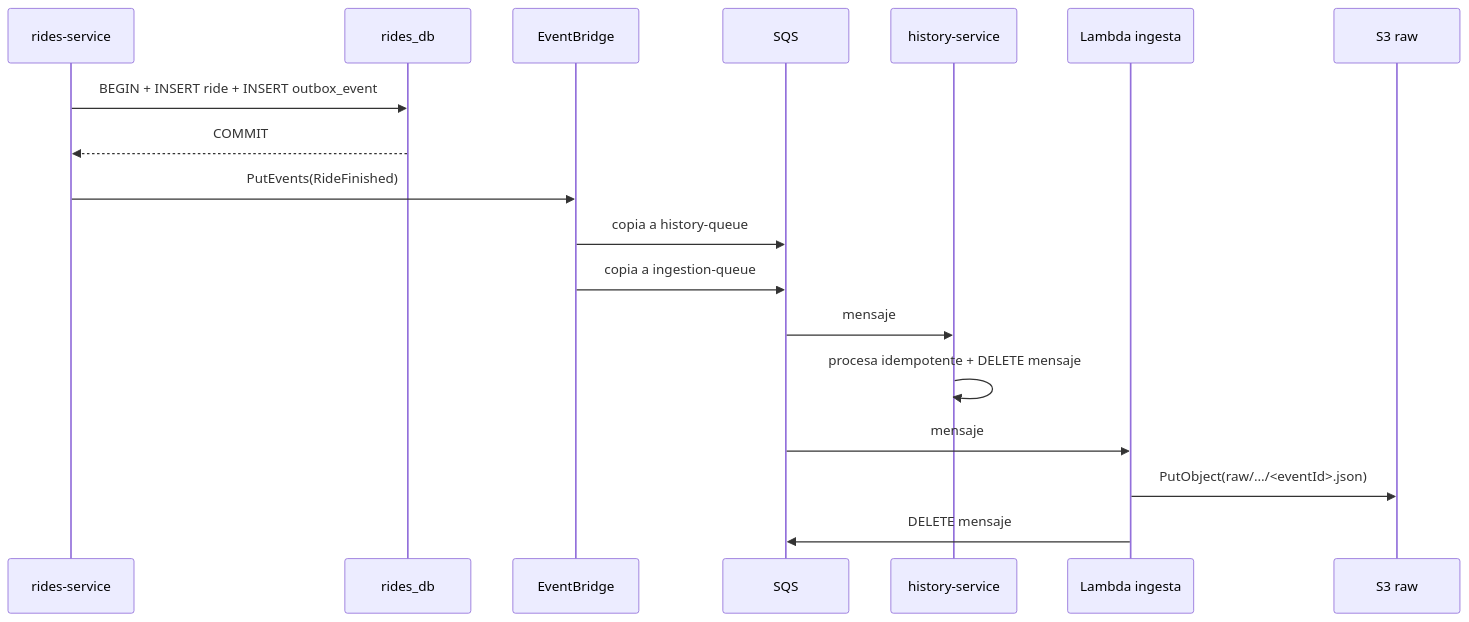
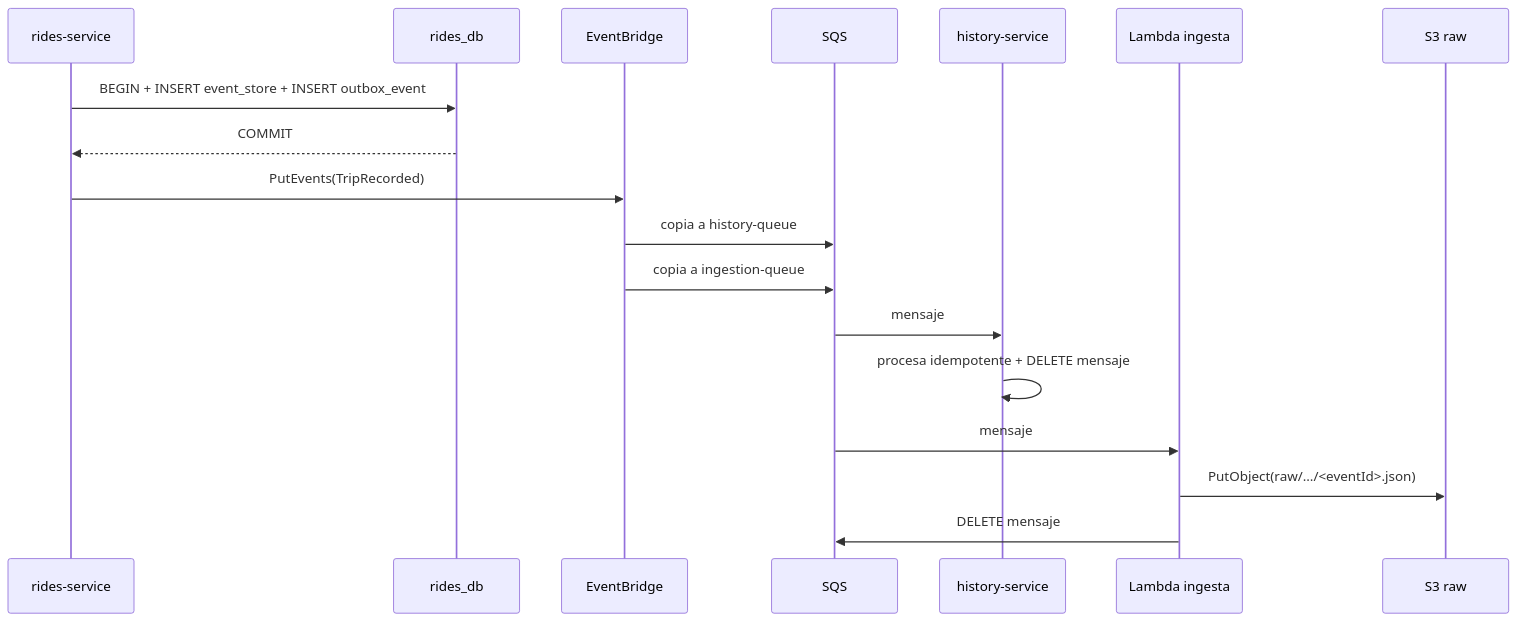
Before and after one commit to SamuelDiazGonzalezz/UrbanMove: the second of 2 diagrams in docs/01-arquitectura/DATA-ARCHITECTURE.md, drawn with Mermaid. The commit also changed other lines of this file and 15 other files, not shown here.

````diff
--- a/docs/01-arquitectura/DATA-ARCHITECTURE.md
+++ b/docs/01-arquitectura/DATA-ARCHITECTURE.md
@@ -408,21 +415,21 @@
 ```mermaid
 sequenceDiagram
     participant R as rides-service
     participant DB as rides_db
     participant EB as EventBridge
     participant Q as SQS
     participant H as history-service
     participant L as Lambda ingesta
     participant S3 as S3 raw
 
-    R->>DB: BEGIN + INSERT ride + INSERT outbox_event
+    R->>DB: BEGIN + INSERT event_store + INSERT outbox_event
     DB-->>R: COMMIT
-    R->>EB: PutEvents(RideFinished)
+    R->>EB: PutEvents(TripRecorded)
     EB->>Q: copia a history-queue
     EB->>Q: copia a ingestion-queue
     Q->>H: mensaje
     H->>H: procesa idempotente + DELETE mensaje
     Q->>L: mensaje
     L->>S3: PutObject(raw/…/<eventId>.json)
     L->>Q: DELETE mensaje
 ```
````
